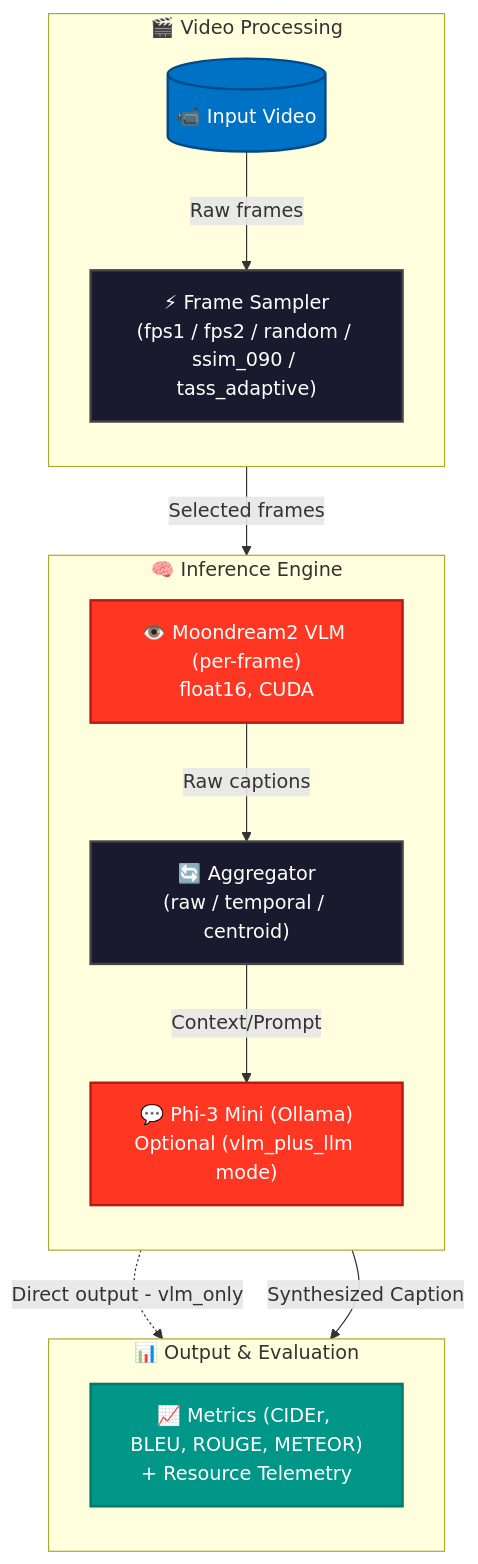
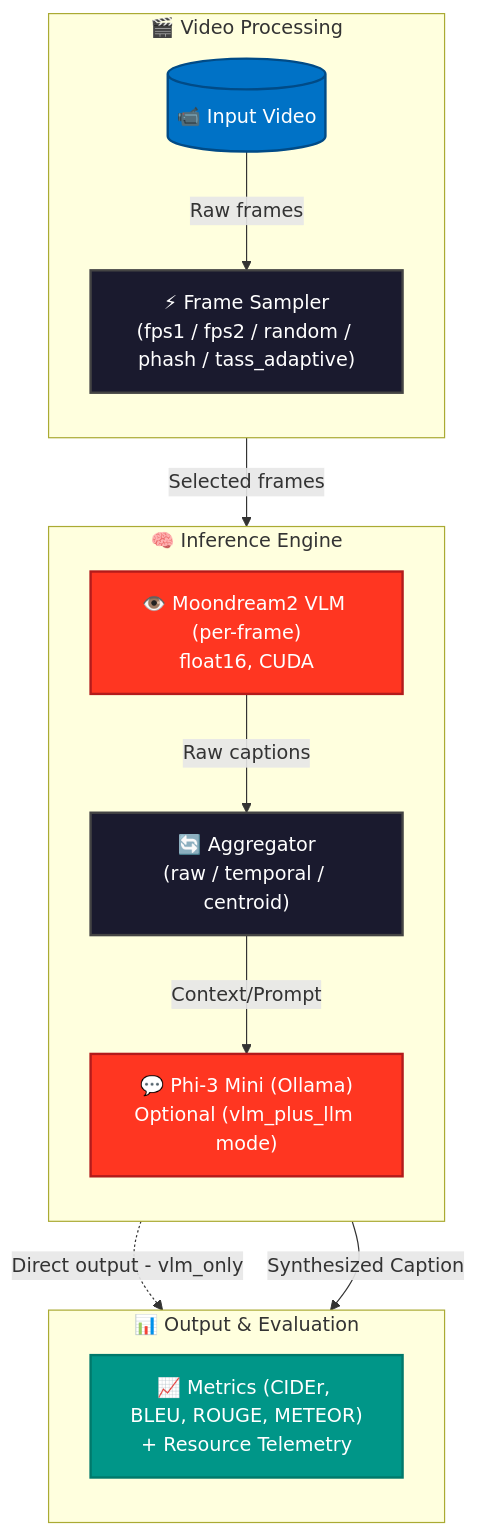
Before and after one commit to Sleepy-programmer-work/research_project: the diagram in README.md, drawn with Mermaid. The commit also changed other lines of this file and 22 other files, not shown here.

````diff
--- a/README.md
+++ b/README.md
@@ -59,32 +59,32 @@
 ```mermaid
 flowchart TD
     classDef input fill:#0072C6,stroke:#004B87,stroke-width:2px,color:#fff;
     classDef model fill:#FF3621,stroke:#B31B1B,stroke-width:2px,color:#fff;
     classDef process fill:#1a1a2e,stroke:#444,stroke-width:2px,color:#fff;
     classDef eval fill:#009688,stroke:#00796B,stroke-width:2px,color:#fff;
 
     subgraph Video_Processing ["🎬 Video Processing"]
         direction TB
         InputVideo[("📹 Input Video")]:::input
-        FrameSampler["⚡ Frame Sampler\n(fps1 / fps2 / random / ssim_090 / tass_adaptive)"]:::process
+        FrameSampler["⚡ Frame Sampler\n(fps1 / fps2 / random / phash / tass_adaptive)"]:::process
     end
 
     subgraph Inference_Engine ["🧠 Inference Engine"]
         direction TB
         VLM["👁️ Moondream2 VLM (per-frame)\nfloat16, CUDA"]:::model
         Aggregator["🔄 Aggregator\n(raw / temporal / centroid)"]:::process
         LLM["💬 Phi-3 Mini (Ollama)\nOptional (vlm_plus_llm mode)"]:::model
     end
 
     subgraph Evaluation ["📊 Output & Evaluation"]
         direction TB
         Metrics["📈 Metrics (CIDEr, BLEU, ROUGE, METEOR)\n+ Resource Telemetry"]:::eval
     end
 
     InputVideo -->|Raw frames| FrameSampler
     FrameSampler -->|Selected frames| VLM
     VLM -->|Raw captions| Aggregator
     Aggregator -->|Context/Prompt| LLM
     Aggregator -.->|Direct output - vlm_only| Metrics
     LLM -->|Synthesized Caption| Metrics
 ```
````
